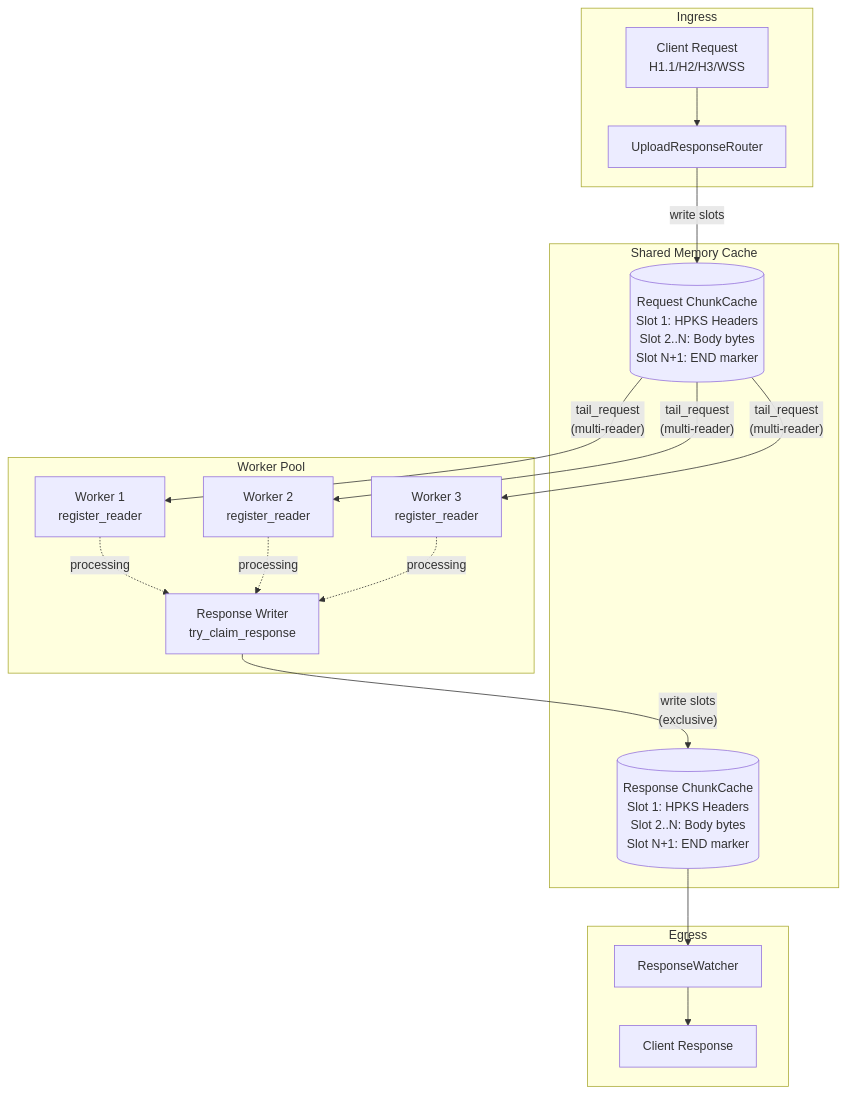
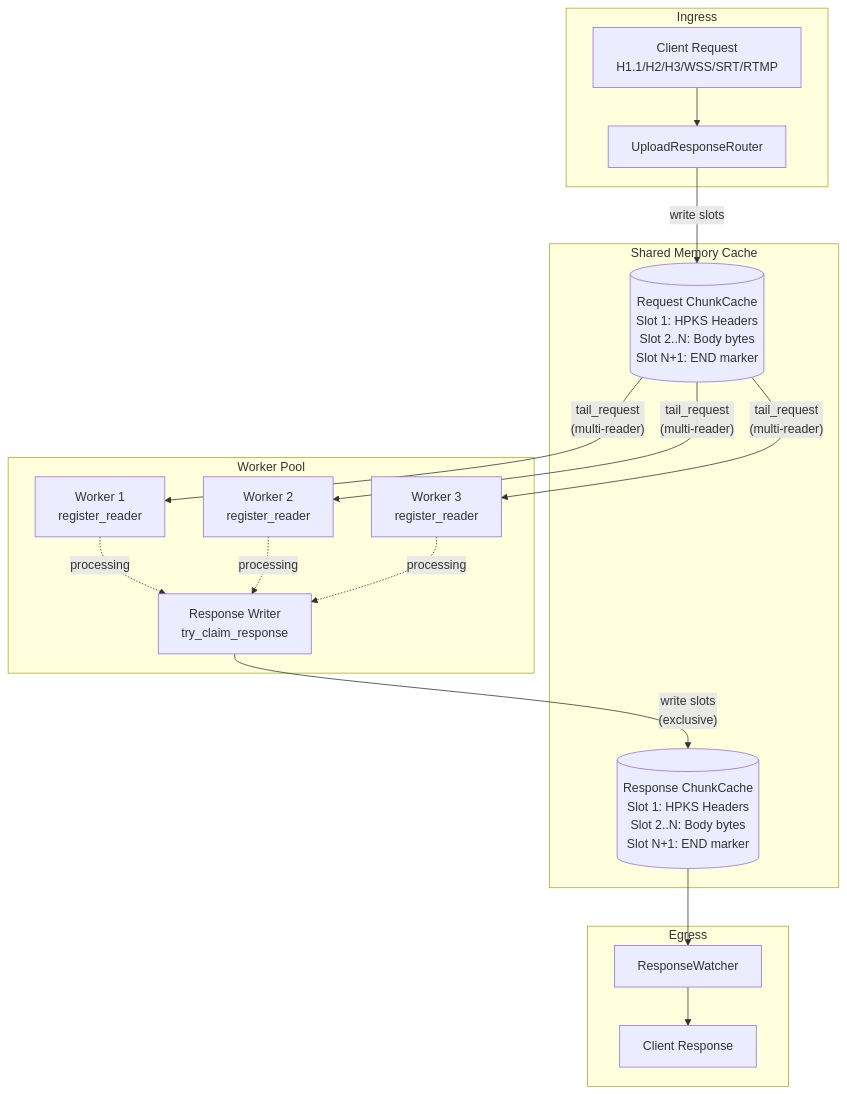
One commit to wavey-ai/web-services changed the diagram in upload-response/README.md. Above: the diagram before and after it, drawn with Mermaid. The commit also changed other lines of this file and 5 other files, not shown here.

First line of the commit message:
Add SRT and RTMP ingest support with benchmarks

````diff
--- a/upload-response/README.md
+++ b/upload-response/README.md
@@ -7,36 +18,36 @@
 ```mermaid
 flowchart TB
     subgraph Ingress
-        Client[Client Request<br/>H1.1/H2/H3/WSS]
+        Client[Client Request<br/>H1.1/H2/H3/WSS/SRT/RTMP]
         Router[UploadResponseRouter]
     end
 
     subgraph Cache["Shared Memory Cache"]
         ReqCache[(Request ChunkCache<br/>Slot 1: HPKS Headers<br/>Slot 2..N: Body bytes<br/>Slot N+1: END marker)]
         RespCache[(Response ChunkCache<br/>Slot 1: HPKS Headers<br/>Slot 2..N: Body bytes<br/>Slot N+1: END marker)]
     end
 
     subgraph Workers["Worker Pool"]
         W1[Worker 1<br/>register_reader]
         W2[Worker 2<br/>register_reader]
         W3[Worker 3<br/>register_reader]
         Writer[Response Writer<br/>try_claim_response]
     end
 
     subgraph Egress
         Watcher[ResponseWatcher]
         Response[Client Response]
     end
 
     Client --> Router
     Router -->|"write slots"| ReqCache
     ReqCache -->|"tail_request<br/>(multi-reader)"| W1
     ReqCache -->|"tail_request<br/>(multi-reader)"| W2
     ReqCache -->|"tail_request<br/>(multi-reader)"| W3
     W1 -.->|"processing"| Writer
     W2 -.->|"processing"| Writer
     W3 -.->|"processing"| Writer
     Writer -->|"write slots<br/>(exclusive)"| RespCache
     RespCache --> Watcher
     Watcher --> Response
 ```
````
